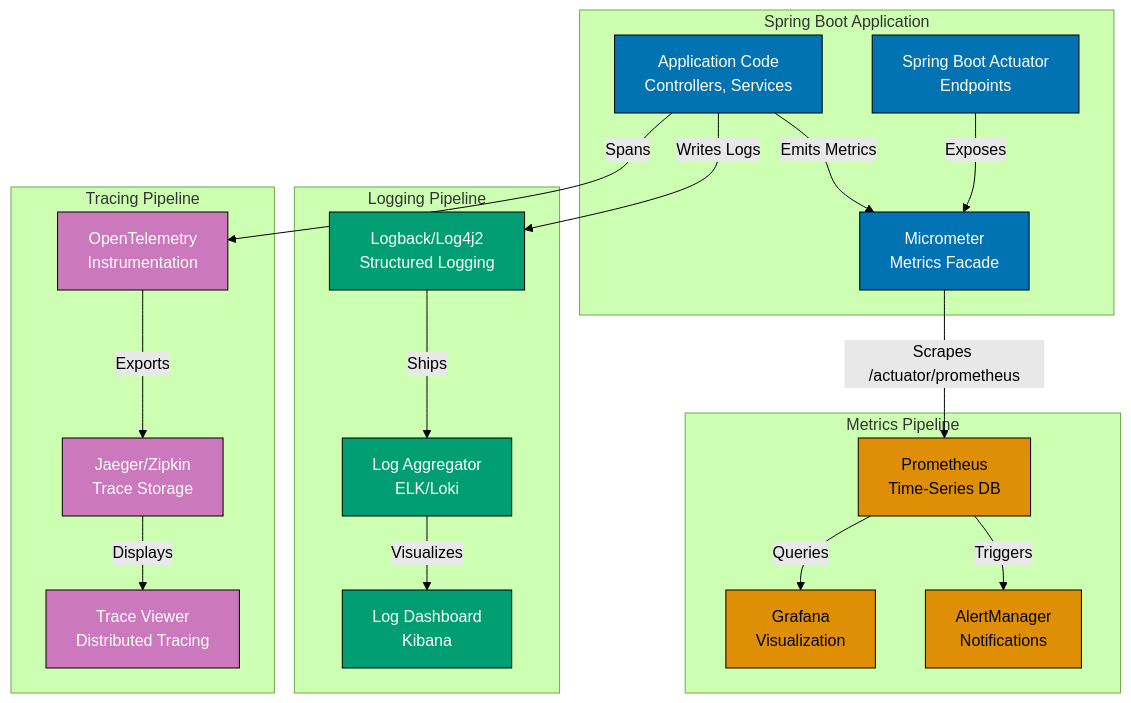
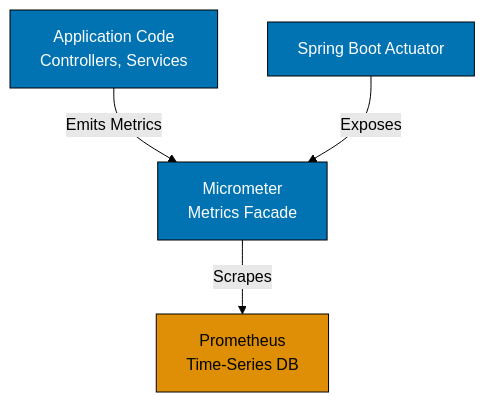
The first of 4 diagrams in docs/explanation/software-engineering/platform-web/tools/jvm-spring-boot/observability.md (wahidyankf/ose-primer), drawn with Mermaid (forest theme) before and after one commit. The commit also changed other lines of this file and 9 other files, not shown here.

Commit message:
fix(docs): fix mermaid violations in jvm-spring-boot/ docs (batch 4/10)

````diff
--- a/docs/explanation/software-engineering/platform-web/tools/jvm-spring-boot/observability.md
+++ b/docs/explanation/software-engineering/platform-web/tools/jvm-spring-boot/observability.md
@@ -76,56 +78,18 @@
 ```mermaid
-%% Color Palette: Blue #0173B2, Orange #DE8F05, Teal #029E73, Purple #CC78BC, Brown #CA9161
+%% Color Palette: Blue #0173B2, Orange #DE8F05, Teal #029E73, Purple #CC78BC
 %% All colors are color-blind friendly and meet WCAG AA contrast standards
 graph TD
-    subgraph "Spring Boot Application"
-        APP[Application Code<br/>Controllers, Services]
-        ACT[Spring Boot Actuator<br/>Endpoints]
-        MIC[Micrometer<br/>Metrics Facade]
-    end
-
-    subgraph "Metrics Pipeline"
-        PROM[Prometheus<br/>Time-Series DB]
-        GRAF[Grafana<br/>Visualization]
-        ALERT[AlertManager<br/>Notifications]
-    end
-
-    subgraph "Logging Pipeline"
-        LOG[Logback/Log4j2<br/>Structured Logging]
-        AGG[Log Aggregator<br/>ELK/Loki]
-        DASH[Log Dashboard<br/>Kibana]
-    end
-
-    subgraph "Tracing Pipeline"
-        OTEL[OpenTelemetry<br/>Instrumentation]
-        JAEGER[Jaeger/Zipkin<br/>Trace Storage]
-        TRACE[Trace Viewer<br/>Distributed Tracing]
-    end
+    APP[Application Code<br/>Controllers, Services]
+    ACT[Spring Boot Actuator]
+    MIC[Micrometer<br/>Metrics Facade]
+    PROM[Prometheus<br/>Time-Series DB]
 
     APP -->|Emits Metrics| MIC
-    APP -->|Writes Logs| LOG
-    APP -->|Spans| OTEL
     ACT -->|Exposes| MIC
-
-    MIC -->|Scrapes /actuator/prometheus| PROM
-    PROM -->|Queries| GRAF
-    PROM -->|Triggers| ALERT
-
-    LOG -->|Ships| AGG
-    AGG -->|Visualizes| DASH
-
-    OTEL -->|Exports| JAEGER
-    JAEGER -->|Displays| TRACE
+    MIC -->|Scrapes| PROM
 
     style APP fill:#0173B2,stroke:#000,color:#fff
     style ACT fill:#0173B2,stroke:#000,color:#fff
     style MIC fill:#0173B2,stroke:#000,color:#fff
     style PROM fill:#DE8F05,stroke:#000,color:#000
-    style GRAF fill:#DE8F05,stroke:#000,color:#000
-    style ALERT fill:#DE8F05,stroke:#000,color:#000
-    style LOG fill:#029E73,stroke:#000,color:#fff
-    style AGG fill:#029E73,stroke:#000,color:#fff
-    style DASH fill:#029E73,stroke:#000,color:#fff
-    style OTEL fill:#CC78BC,stroke:#000,color:#fff
-    style JAEGER fill:#CC78BC,stroke:#000,color:#fff
-    style TRACE fill:#CC78BC,stroke:#000,color:#fff
 ```
````
